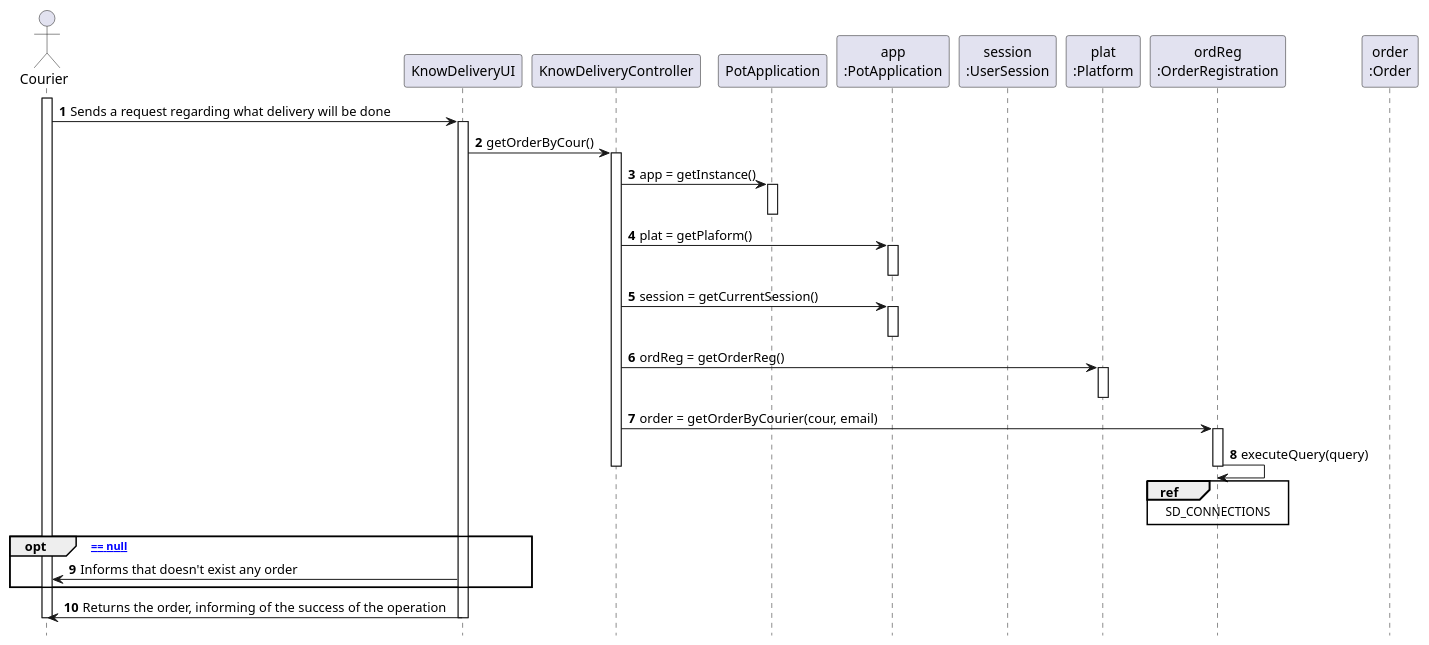
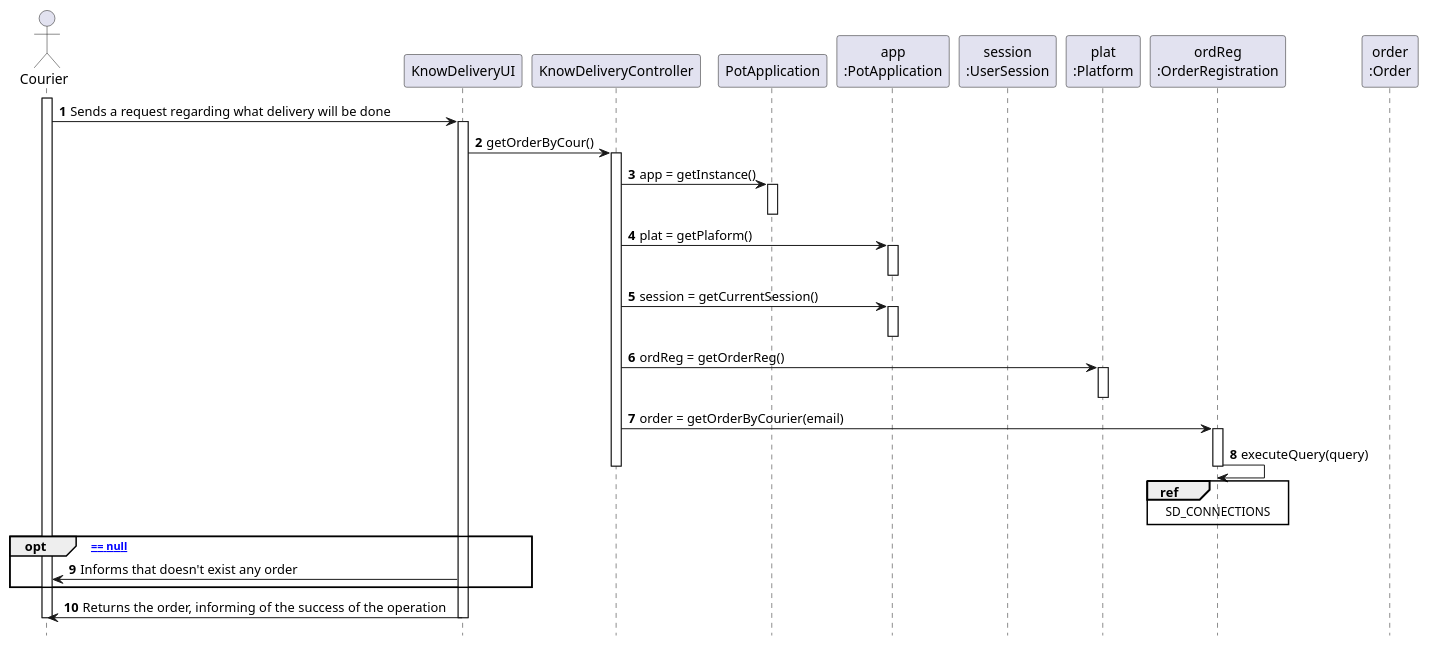
The diagram in docs/Iteration 1/Delivery Management/US48_KnowDelivery/US48_SD.puml (tiagoavcosta25/LAPR3), drawn with PlantUML before and after one commit. The commit also changed 6 other files, not shown here.

Commit message:
LAPR2AP2-61 #close SQL implementation getOrderByCourier [Implementation] LAPR2AP2-124 #fixing CD, DM, SD fixing [Design

```diff
--- a/docs/Iteration 1/Delivery Management/US48_KnowDelivery/US48_SD.puml
+++ b/docs/Iteration 1/Delivery Management/US48_KnowDelivery/US48_SD.puml
@@ -1,52 +1,52 @@
 @startuml
 autonumber
 hide footbox
 
 actor "Courier" as COUR
 
 participant "KnowDeliveryUI" as UI
 participant "KnowDeliveryController" as CTRL
 participant "PotApplication" as _APP
 participant "app\n:PotApplication" as APP
 participant "session\n:UserSession" as SESSION
 participant "plat\n:Platform" as PLAT
 participant "ordReg\n:OrderRegistration" as ORDREG
 participant "order\n:Order" as O
 
 activate COUR
 
 COUR -> UI : Sends a request regarding what delivery will be done
 
 activate UI
 UI -> CTRL : getOrderByCour()
 activate CTRL
 CTRL -> _APP: app = getInstance()
 activate _APP
 deactivate _APP
 
 CTRL -> APP: plat = getPlaform()
 activate APP
 deactivate APP
 
 CTRL -> APP: session = getCurrentSession()
 activate APP
 deactivate APP
 
 
 CTRL -> PLAT : ordReg = getOrderReg()
 activate PLAT
 deactivate PLAT
-CTRL -> ORDREG : order = getOrderByCourier(cour, email)
+CTRL -> ORDREG : order = getOrderByCourier(email)
 activate ORDREG
 ORDREG -> ORDREG : executeQuery(query)
 ref over ORDREG : SD_CONNECTIONS
 deactivate ORDREG
 deactivate CTRL
 opt [ order == null]
 UI -> COUR : Informs that doesn't exist any order
 end opt
 UI -> COUR : Returns the order, informing of the success of the operation
 deactivate UI
 deactivate COUR
 
 @enduml
```
